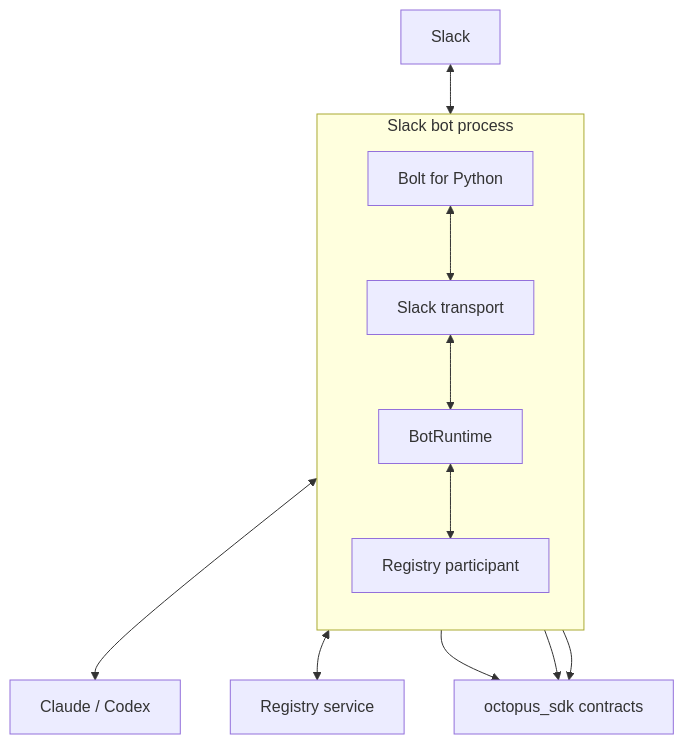
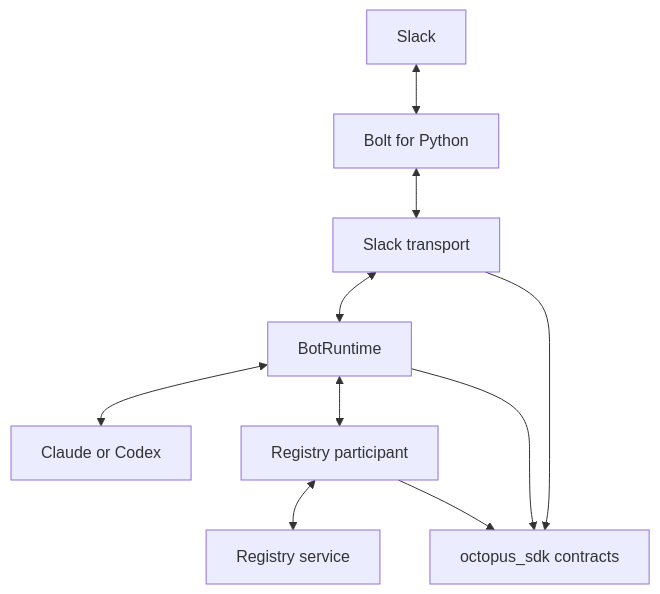
One commit to privacynow/octopus changed the third of 8 diagrams in ARCHITECTURE.md. Above: the diagram before and after it, drawn with Mermaid. The commit also changed other lines of this file, not shown here.

Commit message:
Fix architecture diagrams

````diff
--- a/ARCHITECTURE.md
+++ b/ARCHITECTURE.md
@@ -288,26 +281,21 @@
 ```mermaid
 flowchart TB
-    Slack["Slack"]
+    slack["Slack"]
+    bolt["Bolt for Python"]
+    transport["Slack transport"]
+    runtime["BotRuntime"]
+    participant["Registry participant"]
+    provider["Claude or Codex"]
+    registry["Registry service"]
+    sdk["octopus_sdk contracts"]
 
-    subgraph Bot["Slack bot process"]
-        direction TB
-        Bolt["Bolt for Python"]
-        Transport["Slack transport"]
-        Runtime["BotRuntime"]
-        Participant["Registry participant"]
-    end
-
-    Provider["Claude / Codex"]
-    Registry["Registry service"]
-    SDK["octopus_sdk contracts"]
-
-    Slack <--> Bolt
-    Bolt <--> Transport
-    Transport <--> Runtime
-    Runtime <--> Provider
-    Runtime <--> Participant
-    Participant <--> Registry
-    Transport --> SDK
-    Runtime --> SDK
-    Participant --> SDK
+    slack <--> bolt
+    bolt <--> transport
+    transport <--> runtime
+    runtime <--> provider
+    runtime <--> participant
+    participant <--> registry
+    transport --> sdk
+    runtime --> sdk
+    participant --> sdk
 ```
````
